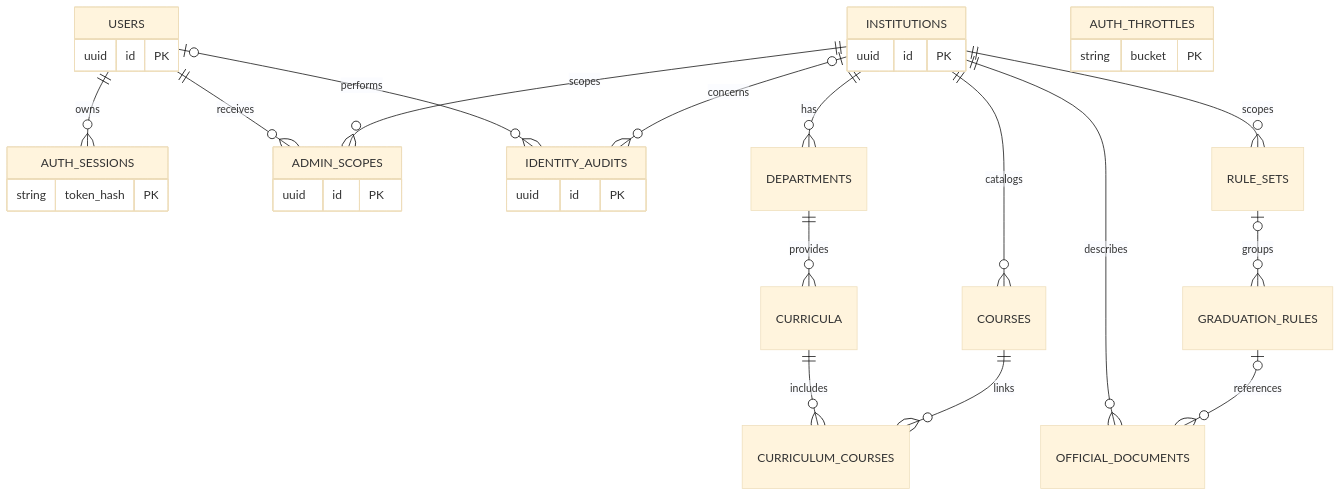
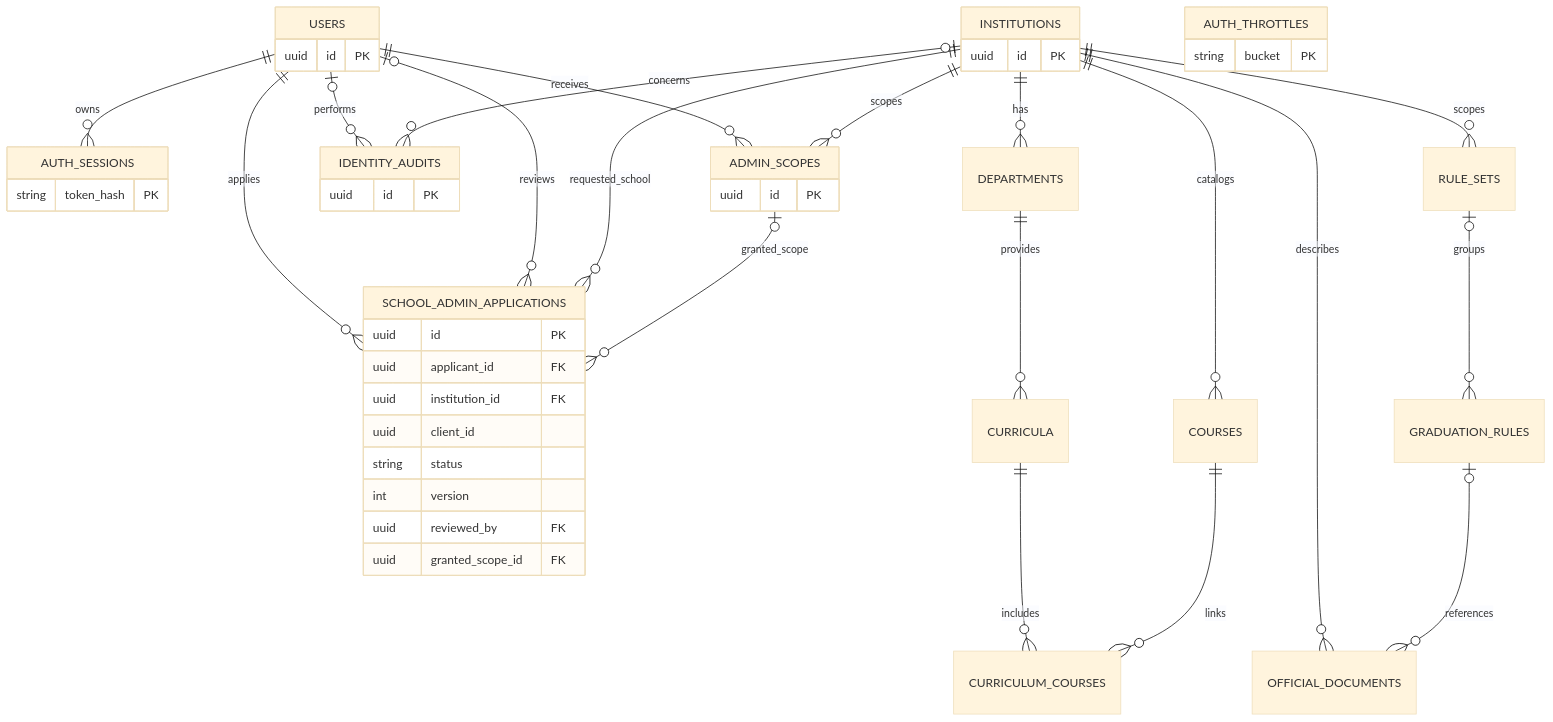
One commit to product04231125/UNIPATH changed the fourth of 10 diagrams in docs/database-erd.md. Above: the diagram before and after it, drawn with Mermaid (base theme). The commit also changed other lines of this file and 29 other files, not shown here.

Commit message:
feat(auth): add reviewed school administrator applications

````diff
--- a/docs/database-erd.md
+++ b/docs/database-erd.md
@@ -94,35 +95,49 @@
 ```mermaid
 erDiagram
     USERS ||--o{ AUTH_SESSIONS : owns
     USERS ||--o{ ADMIN_SCOPES : receives
+    USERS ||--o{ SCHOOL_ADMIN_APPLICATIONS : applies
+    USERS o|--o{ SCHOOL_ADMIN_APPLICATIONS : reviews
+    INSTITUTIONS ||--o{ SCHOOL_ADMIN_APPLICATIONS : requested_school
+    ADMIN_SCOPES o|--o{ SCHOOL_ADMIN_APPLICATIONS : granted_scope
     INSTITUTIONS ||--o{ ADMIN_SCOPES : scopes
     USERS o|--o{ IDENTITY_AUDITS : performs
     INSTITUTIONS o|--o{ IDENTITY_AUDITS : concerns
     INSTITUTIONS ||--o{ DEPARTMENTS : has
     DEPARTMENTS ||--o{ CURRICULA : provides
     INSTITUTIONS ||--o{ COURSES : catalogs
     CURRICULA ||--o{ CURRICULUM_COURSES : includes
     COURSES ||--o{ CURRICULUM_COURSES : links
     INSTITUTIONS ||--o{ RULE_SETS : scopes
     RULE_SETS o|--o{ GRADUATION_RULES : groups
     INSTITUTIONS ||--o{ OFFICIAL_DOCUMENTS : describes
     GRADUATION_RULES o|--o{ OFFICIAL_DOCUMENTS : references
     USERS {
         uuid id PK
+    }
+    SCHOOL_ADMIN_APPLICATIONS {
+        uuid id PK
+        uuid applicant_id FK
+        uuid institution_id FK
+        uuid client_id
+        string status
+        int version
+        uuid reviewed_by FK
+        uuid granted_scope_id FK
     }
     AUTH_SESSIONS {
         string token_hash PK
     }
     AUTH_THROTTLES {
         string bucket PK
     }
     INSTITUTIONS {
         uuid id PK
     }
     ADMIN_SCOPES {
         uuid id PK
     }
     IDENTITY_AUDITS {
         uuid id PK
     }
 ```
````
